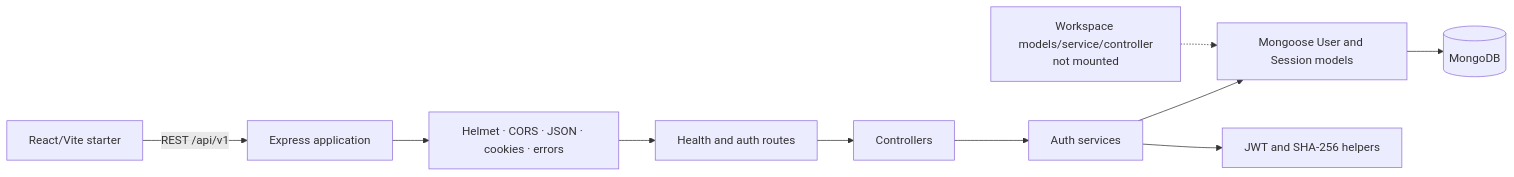
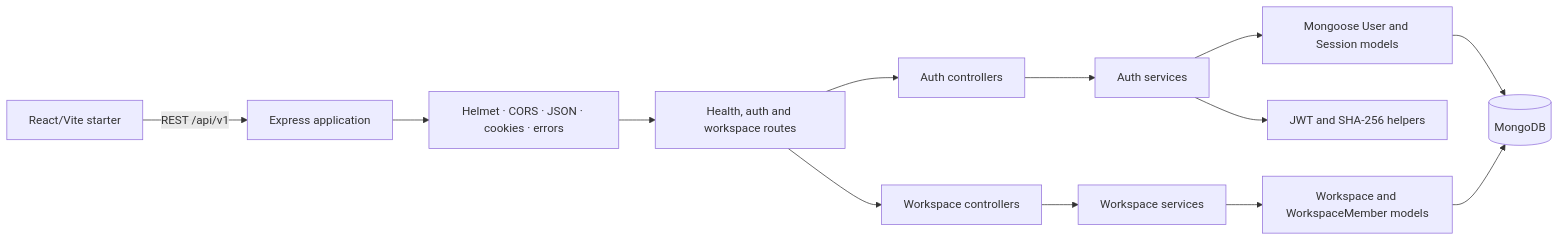
The diagram in README.md (Krish-CyberSec/TeamSync), drawn with Mermaid before and after one commit. The commit also changed other lines of this file and 12 other files, not shown here.

````diff
--- a/README.md
+++ b/README.md
@@ -63,12 +64,15 @@
 ```mermaid
 flowchart LR
   Browser["React/Vite starter"] -->|"REST /api/v1"| Express["Express application"]
   Express --> Middleware["Helmet · CORS · JSON · cookies · errors"]
-  Middleware --> Routes["Health and auth routes"]
-  Routes --> Controllers["Controllers"]
-  Controllers --> Services["Auth services"]
-  Services --> Models["Mongoose User and Session models"]
-  WorkspaceCode["Workspace models/service/controller<br/>not mounted"] -.-> Models
-  Models --> MongoDB[("MongoDB")]
-  Services --> Tokens["JWT and SHA-256 helpers"]
+  Middleware --> Routes["Health, auth and workspace routes"]
+  Routes --> AuthControllers["Auth controllers"]
+  AuthControllers --> AuthServices["Auth services"]
+  AuthServices --> AuthModels["Mongoose User and Session models"]
+  Routes --> WorkspaceControllers["Workspace controllers"]
+  WorkspaceControllers --> WorkspaceServices["Workspace services"]
+  WorkspaceServices --> WorkspaceModels["Workspace and WorkspaceMember models"]
+  AuthModels --> MongoDB[("MongoDB")]
+  WorkspaceModels --> MongoDB
+  AuthServices --> Tokens["JWT and SHA-256 helpers"]
 ```
````
